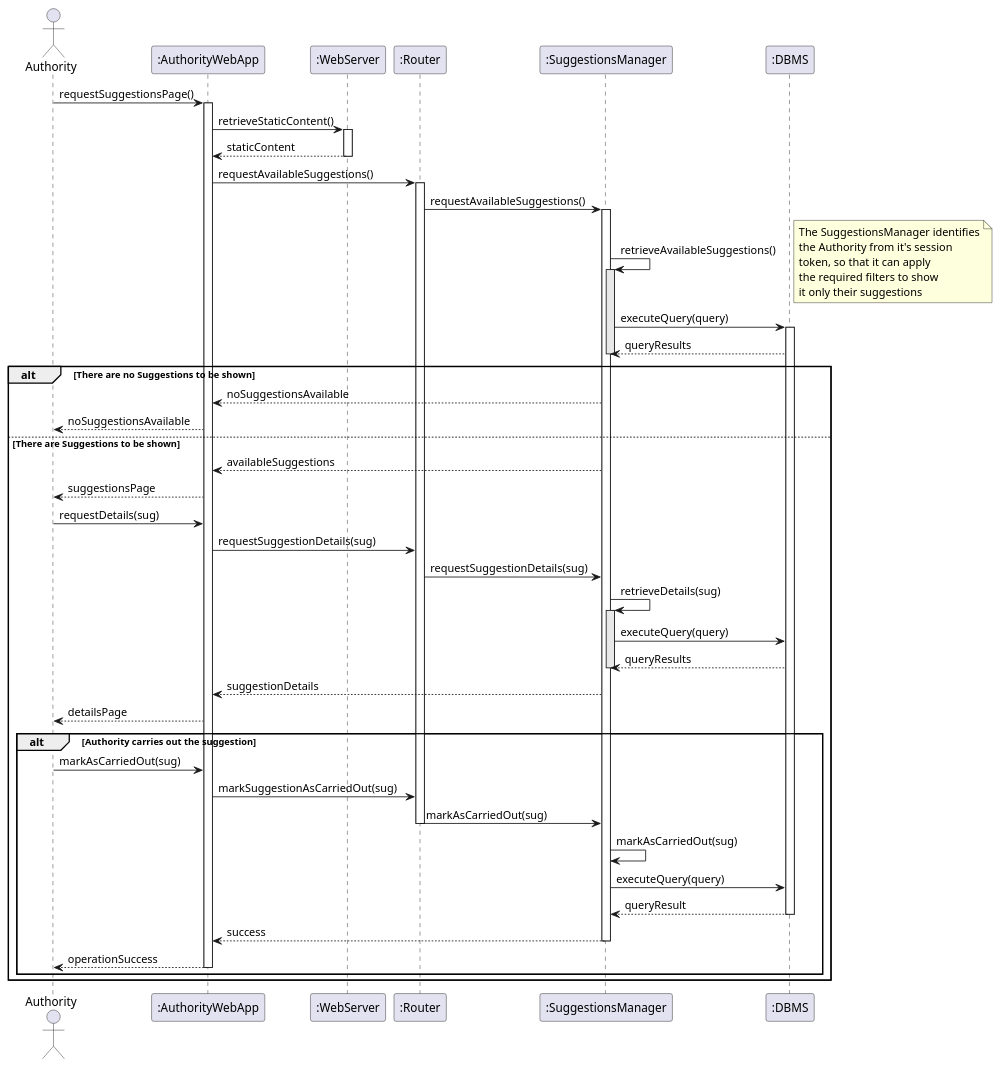
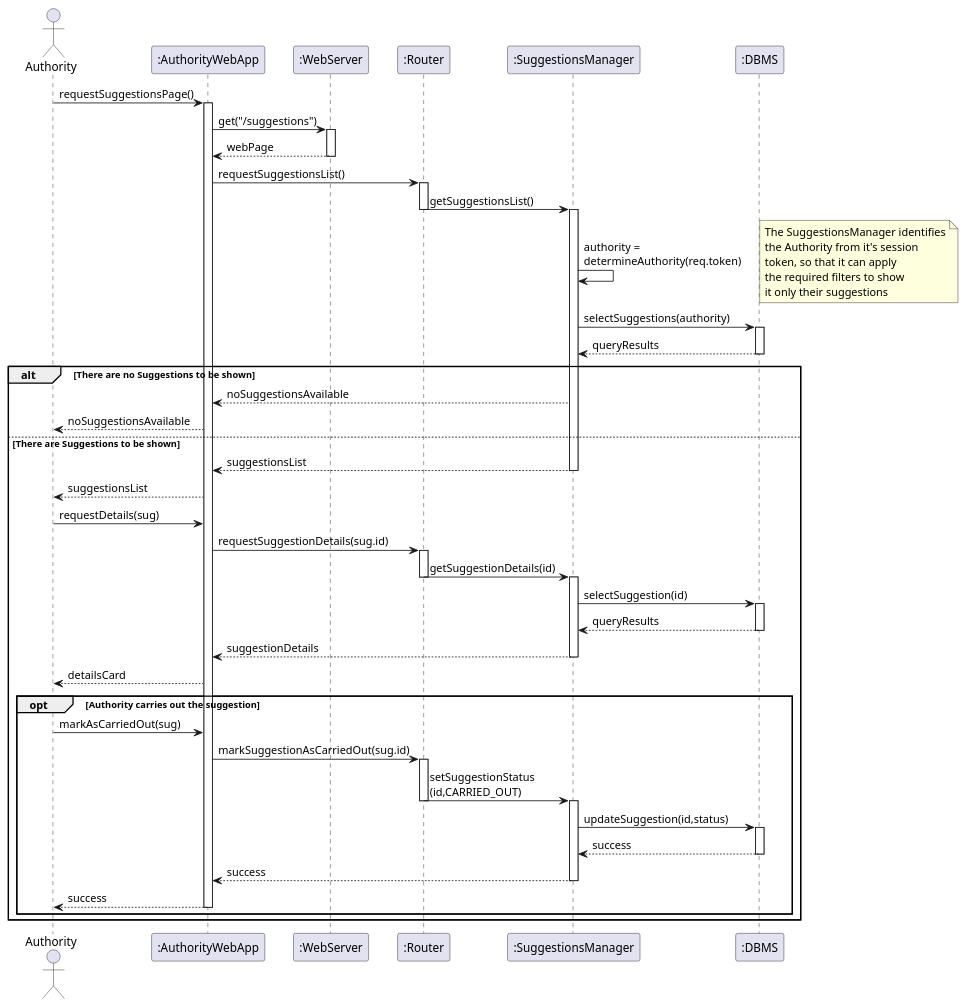
One commit to fuljo/FulginiDiCesare-SE2 changed the diagram in diagrams/dd_sequence_diagram_uc_2_3.wsd. Above: the diagram before and after it, drawn with PlantUML.

Commit message:
Improve clarity in SD for suggestions management
- use HTTP verb GET on webserver
- mention process to detect authority from token
- don't leave components active when not needed
- method names made consistent with violations retrieval
- details page becomes details card

```diff
--- a/diagrams/dd_sequence_diagram_uc_2_3.wsd
+++ b/diagrams/dd_sequence_diagram_uc_2_3.wsd
@@ -1,69 +1,72 @@
 @startuml dd_sequence_diagram_uc_2_3
 skinparam Shadowing false
 
 actor Authority as A
 participant ":AuthorityWebApp" as AWA
 participant ":WebServer" as WS
 participant ":Router" as R
 participant ":SuggestionsManager" as SM
 participant ":DBMS" as DBMS
 
 A -> AWA : requestSuggestionsPage()
 activate AWA
-AWA -> WS : retrieveStaticContent()
+AWA -> WS : get("/suggestions")
 activate WS
-WS --> AWA : staticContent
+WS --> AWA : webPage
 deactivate WS
-AWA -> R : requestAvailableSuggestions()
+AWA -> R : requestSuggestionsList()
 activate R
-R -> SM : requestAvailableSuggestions()
+R -> SM : getSuggestionsList()
+deactivate R
 activate SM
-SM -> SM : retrieveAvailableSuggestions()
+SM -> SM : authority =\ndetermineAuthority(req.token)
 note right
     The SuggestionsManager identifies
     the Authority from it's session
     token, so that it can apply
     the required filters to show
     it only their suggestions
 end note
-activate SM #e8e8e8
-SM -> DBMS : executeQuery(query)
+SM -> DBMS : selectSuggestions(authority)
 activate DBMS
 DBMS --> SM : queryResults
-deactivate SM
+deactivate DBMS
 alt There are no Suggestions to be shown
 SM --> AWA : noSuggestionsAvailable
 AWA --> A : noSuggestionsAvailable
 else There are Suggestions to be shown
-SM --> AWA : availableSuggestions
-AWA --> A : suggestionsPage
+SM --> AWA : suggestionsList
+deactivate SM
+AWA --> A : suggestionsList
 A -> AWA : requestDetails(sug)
-AWA -> R : requestSuggestionDetails(sug)
-R -> SM : requestSuggestionDetails(sug)
-SM -> SM : retrieveDetails(sug)
-activate SM #e8e8e8
-SM -> DBMS : executeQuery(query)
+AWA -> R : requestSuggestionDetails(sug.id)
+activate R
+R -> SM : getSuggestionDetails(id)
+deactivate R
+activate SM
+SM -> DBMS : selectSuggestion(id)
+activate DBMS
 DBMS --> SM : queryResults
+deactivate DBMS
+SM --> AWA : suggestionDetails
 deactivate SM
-SM --> AWA : suggestionDetails
-AWA --> A : detailsPage
-alt Authority carries out the suggestion
+AWA --> A : detailsCard
+opt Authority carries out the suggestion
 A -> AWA : markAsCarriedOut(sug)
-AWA -> R : markSuggestionAsCarriedOut(sug)
-R -> SM : markAsCarriedOut(sug)
+AWA -> R : markSuggestionAsCarriedOut(sug.id)
+activate R
+R -> SM : setSuggestionStatus\n(id,CARRIED_OUT)
 deactivate R
-SM -> SM : markAsCarriedOut(sug)
-SM -> DBMS : executeQuery(query)
-DBMS --> SM : queryResult
+activate SM
+SM -> DBMS : updateSuggestion(id,status)
+activate DBMS
+DBMS --> SM : success
 deactivate DBMS
 SM --> AWA : success
 deactivate SM
-AWA --> A : operationSuccess
+AWA --> A : success
 deactivate AWA
 end
 end
 
-
-
-
 @enduml
```
